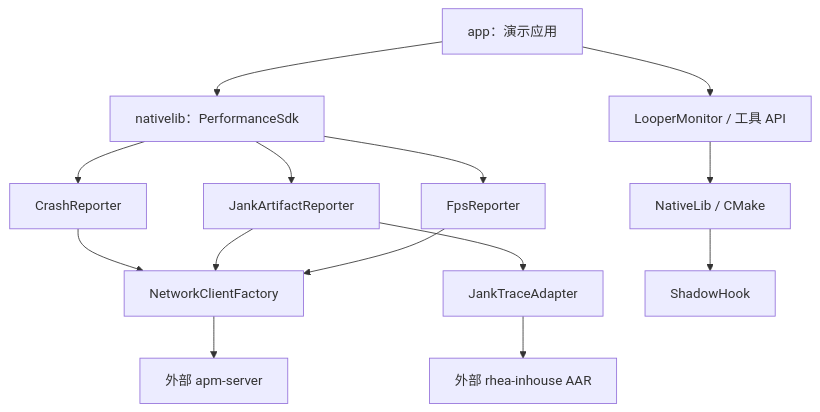
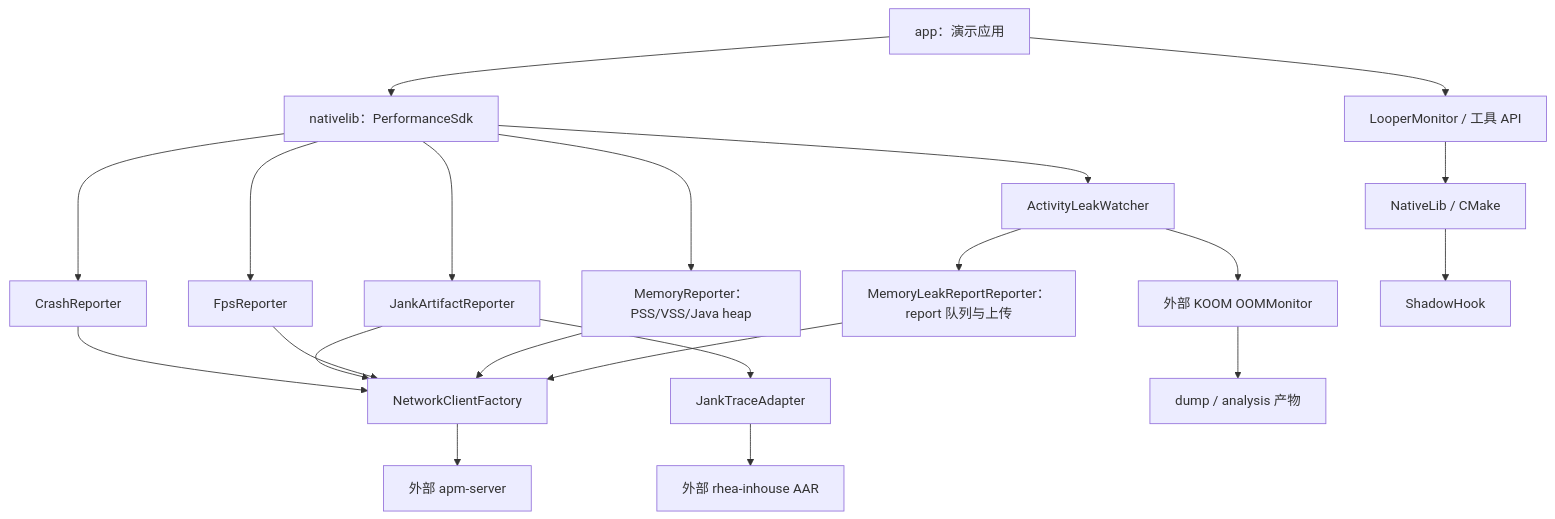
One commit to mashanshui/Performance changed the diagram in docs/knowledge-base/01-模块架构与源码导航.md. Above: the diagram before and after it, drawn with Mermaid. The commit also changed other lines of this file and 44 other files, not shown here.

```diff
--- a/docs/knowledge-base/01-模块架构与源码导航.md
+++ b/docs/knowledge-base/01-模块架构与源码导航.md
@@ -7,16 +7,23 @@
 ~~~mermaid
 flowchart TD
     App["app：演示应用"] --> SDK["nativelib：PerformanceSdk"]
     App --> Looper["LooperMonitor / 工具 API"]
     SDK --> Crash["CrashReporter"]
     SDK --> Jank["JankArtifactReporter"]
     SDK --> FPS["FpsReporter"]
+    SDK --> Memory["MemoryReporter：PSS/VSS/Java heap"]
+    SDK --> Leak["ActivityLeakWatcher"]
     Crash --> Net["NetworkClientFactory"]
     Jank --> Net
     FPS --> Net
+    Memory --> Net
     Jank --> Adapter["JankTraceAdapter"]
     Adapter --> Rhea["外部 rhea-inhouse AAR"]
+    Leak --> KOOM["外部 KOOM OOMMonitor"]
+    KOOM --> Hprof["dump / analysis 产物"]
+    Leak --> LeakReport["MemoryLeakReportReporter：report 队列与上传"]
+    LeakReport --> Net
     Looper --> JNI["NativeLib / CMake"]
     JNI --> Hook["ShadowHook"]
     Net --> Server["外部 apm-server"]
 ~~~
```
